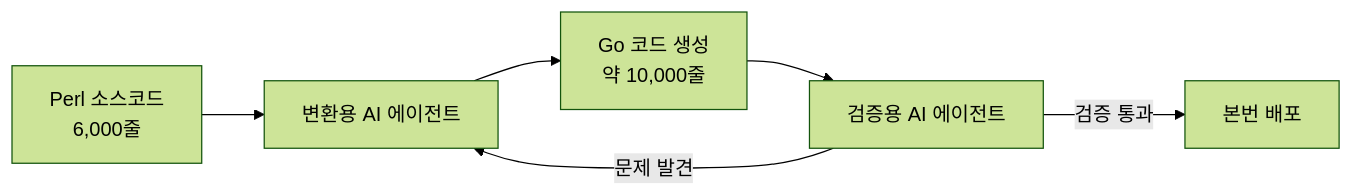
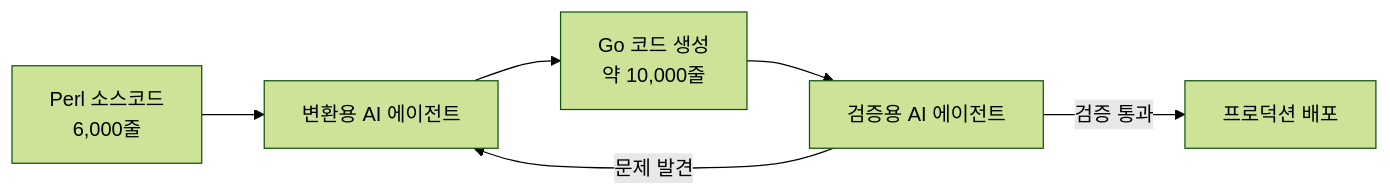
Before and after one commit to kimjangwook/www.jangwook.net: the first of 2 diagrams in src/content/blog/ko/dena-perl-go-migration-ai-agents.md, drawn with Mermaid (forest theme). The commit also changed other lines of this file, not shown here.

````diff
--- a/src/content/blog/ko/dena-perl-go-migration-ai-agents.md
+++ b/src/content/blog/ko/dena-perl-go-migration-ai-agents.md
@@ -89,8 +89,8 @@
 ```mermaid
 graph LR
     A[Perl 소스코드<br/>6,000줄] --> B[변환용 AI 에이전트]
     B --> C[Go 코드 생성<br/>약 10,000줄]
     C --> D[검증용 AI 에이전트]
     D -->|문제 발견| B
-    D -->|검증 통과| E[본번 배포]
+    D -->|검증 통과| E[프로덕션 배포]
 ```
````
